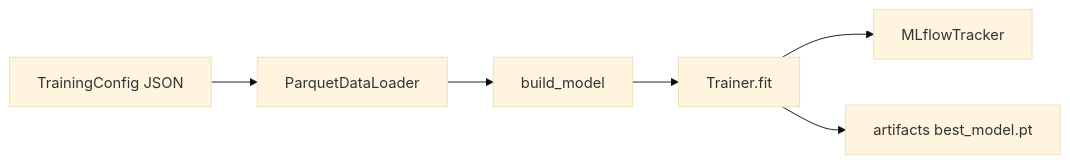
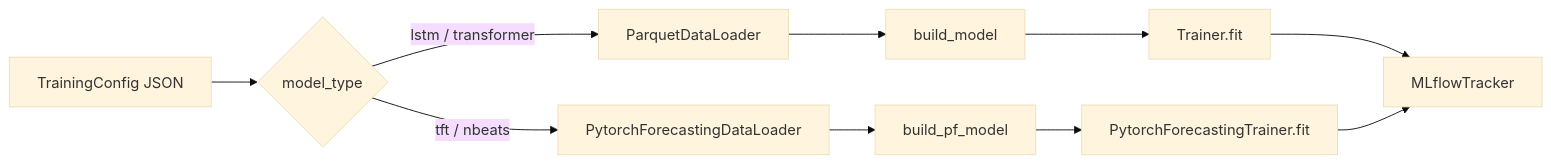
One commit to CarlosSenra/WeatherOps changed the diagram in src/ml_workstation/README.md. Above: the diagram before and after it, drawn with Mermaid (base theme). The commit also changed other lines of this file and 2 other files, not shown here.

````diff
--- a/src/ml_workstation/README.md
+++ b/src/ml_workstation/README.md
@@ -32,8 +59,12 @@
 ```mermaid
 flowchart LR
-    A[TrainingConfig JSON] --> B[ParquetDataLoader]
-    B --> C[build_model]
-    C --> D[Trainer.fit]
-    D --> E[MLflowTracker]
-    D --> F[artifacts best_model.pt]
+    A[TrainingConfig JSON] --> B{model_type}
+    B -->|lstm / transformer| C[ParquetDataLoader]
+    C --> D[build_model]
+    D --> E[Trainer.fit]
+    E --> F[MLflowTracker]
+    B -->|tft / nbeats| G[PytorchForecastingDataLoader]
+    G --> H[build_pf_model]
+    H --> I[PytorchForecastingTrainer.fit]
+    I --> F
 ```
````
